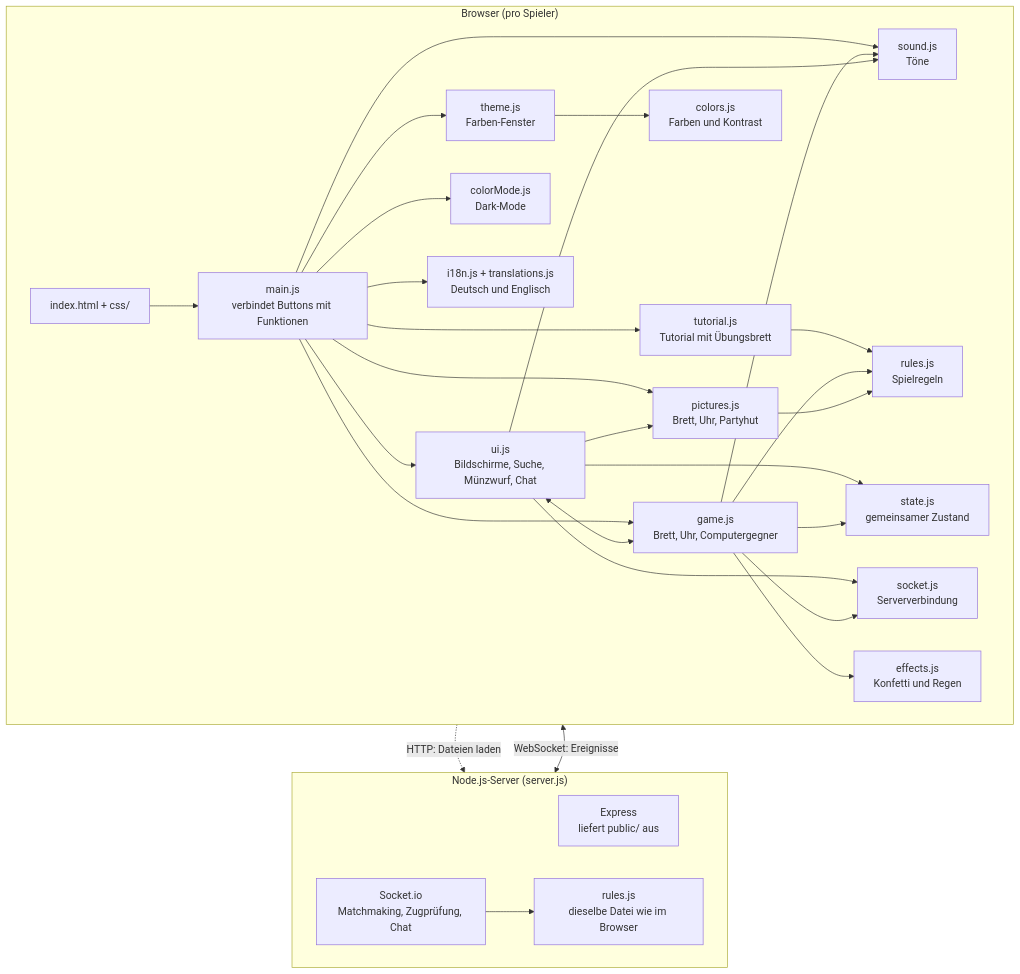
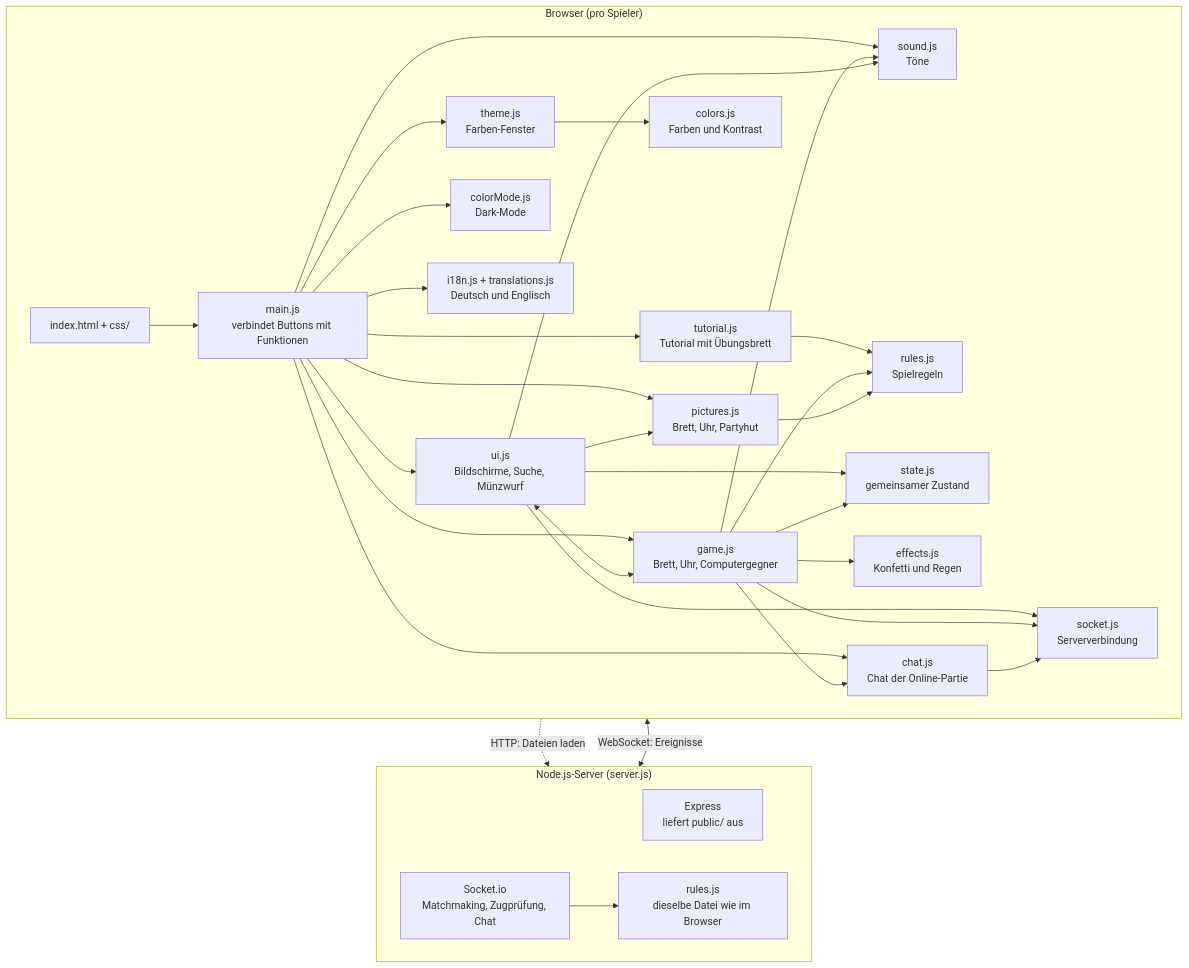
Before and after one commit to flofries00/WebProgDHBWDame: the first of 2 diagrams in README.md, drawn with Mermaid. The commit also changed other lines of this file and 4 other files, not shown here.

Commit message:
Auslagern: Chat von ui.js und game.js nach chat.js (resetChat statt Chat-Teil im Spielstart), README

````diff
--- a/README.md
+++ b/README.md
@@ -161,54 +162,58 @@
 ```mermaid
 flowchart TB
     subgraph Browser["Browser (pro Spieler)"]
         direction LR
         HTML["index.html + css/"]
         Main["main.js<br/>verbindet Buttons mit Funktionen"]
-        UI["ui.js<br/>Bildschirme, Suche, Münzwurf, Chat"]
+        UI["ui.js<br/>Bildschirme, Suche, Münzwurf"]
         Game["game.js<br/>Brett, Uhr, Computergegner"]
         RulesC["rules.js<br/>Spielregeln"]
         Sound["sound.js<br/>Töne"]
         Theme["theme.js<br/>Farben-Fenster"]
         Colors["colors.js<br/>Farben und Kontrast"]
         ColorMode["colorMode.js<br/>Dark-Mode"]
         Tutorial["tutorial.js<br/>Tutorial mit Übungsbrett"]
         State["state.js<br/>gemeinsamer Zustand"]
         SocketC["socket.js<br/>Serververbindung"]
         I18n["i18n.js + translations.js<br/>Deutsch und Englisch"]
         Pictures["pictures.js<br/>Brett, Uhr, Partyhut"]
         Effects["effects.js<br/>Konfetti und Regen"]
+        Chat["chat.js<br/>Chat der Online-Partie"]
         HTML --> Main
         Main --> UI
         Main --> Game
         Main --> Sound
         Main --> Theme
         Main --> ColorMode
         Main --> Tutorial
         Tutorial --> RulesC
         Theme --> Colors
         UI <--> Game
         Game --> RulesC
         Game --> Sound
         UI --> Sound
         UI --> State
         Game --> State
         UI --> SocketC
         Game --> SocketC
         Main --> I18n
         Main --> Pictures
         UI --> Pictures
         Pictures --> RulesC
         Game --> Effects
+        Main --> Chat
+        Game --> Chat
+        Chat --> SocketC
     end
 
     subgraph Server["Node.js-Server (server.js)"]
         direction LR
         Express["Express<br/>liefert public/ aus"]
         IO["Socket.io<br/>Matchmaking, Zugprüfung, Chat"]
         RulesS["rules.js<br/>dieselbe Datei wie im Browser"]
         IO --> RulesS
     end
 
     HTML -.->|"HTTP: Dateien laden"| Express
     SocketC <-->|"WebSocket: Ereignisse"| IO
 ```
````
